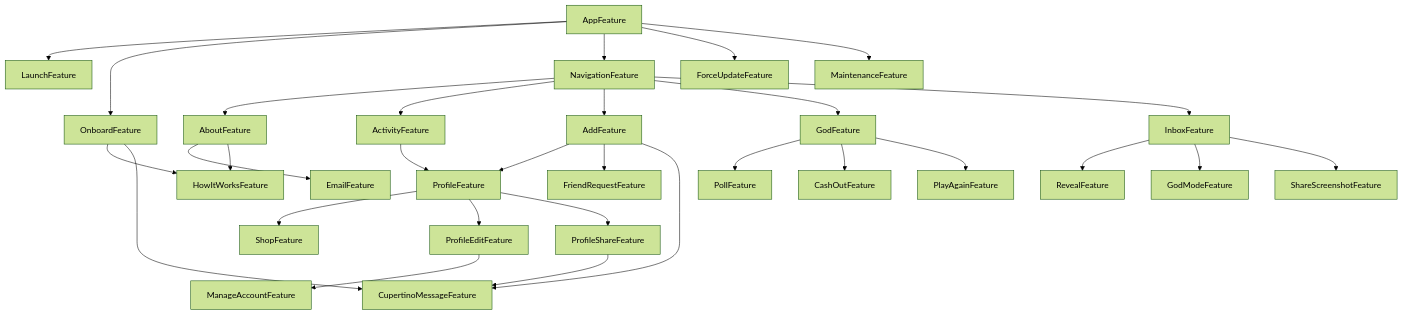
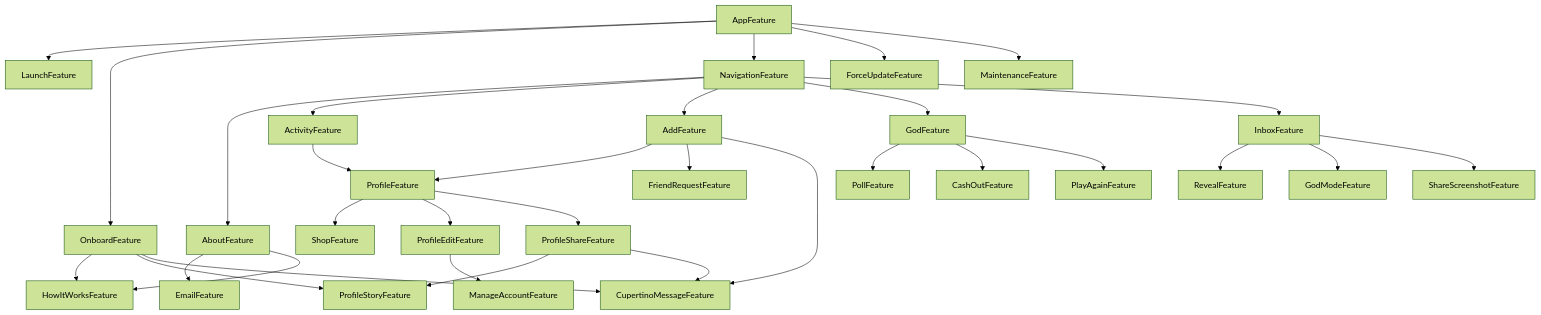
One commit to 0x1-company/god-ios changed the diagram in Packages/GodPackage/README.md. Above: the diagram before and after it, drawn with Mermaid (forest theme). The commit also changed 1 other file, not shown here.

Commit message:
chore: 🤖 dgraph

````diff
--- a/Packages/GodPackage/README.md
+++ b/Packages/GodPackage/README.md
@@ -6,32 +6,34 @@
 ```mermaid
 graph TD;
     AboutFeature-->EmailFeature;
     AboutFeature-->HowItWorksFeature;
     ActivityFeature-->ProfileFeature;
     AddFeature-->ProfileFeature;
     AddFeature-->FriendRequestFeature;
     AddFeature-->CupertinoMessageFeature;
     AppFeature-->LaunchFeature;
     AppFeature-->OnboardFeature;
     AppFeature-->NavigationFeature;
     AppFeature-->ForceUpdateFeature;
     AppFeature-->MaintenanceFeature;
     GodFeature-->PollFeature;
     GodFeature-->CashOutFeature;
     GodFeature-->PlayAgainFeature;
     InboxFeature-->RevealFeature;
     InboxFeature-->GodModeFeature;
     InboxFeature-->ShareScreenshotFeature;
     NavigationFeature-->AboutFeature;
     NavigationFeature-->ActivityFeature;
     NavigationFeature-->AddFeature;
     NavigationFeature-->GodFeature;
     NavigationFeature-->InboxFeature;
     OnboardFeature-->HowItWorksFeature;
+    OnboardFeature-->ProfileStoryFeature;
     OnboardFeature-->CupertinoMessageFeature;
     ProfileEditFeature-->ManageAccountFeature;
     ProfileFeature-->ShopFeature;
     ProfileFeature-->ProfileEditFeature;
     ProfileFeature-->ProfileShareFeature;
+    ProfileShareFeature-->ProfileStoryFeature;
     ProfileShareFeature-->CupertinoMessageFeature;
 ```
````
